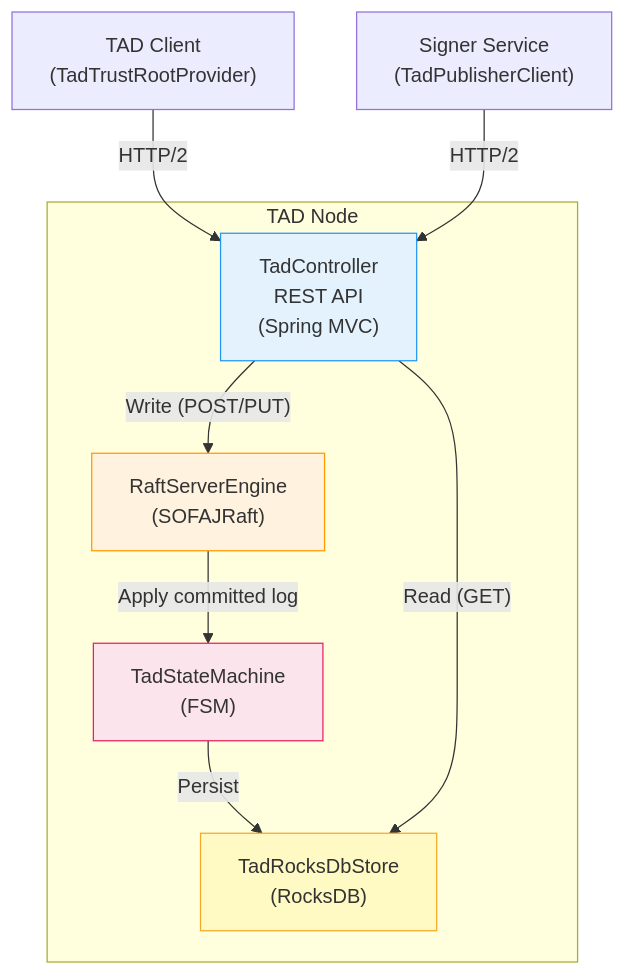
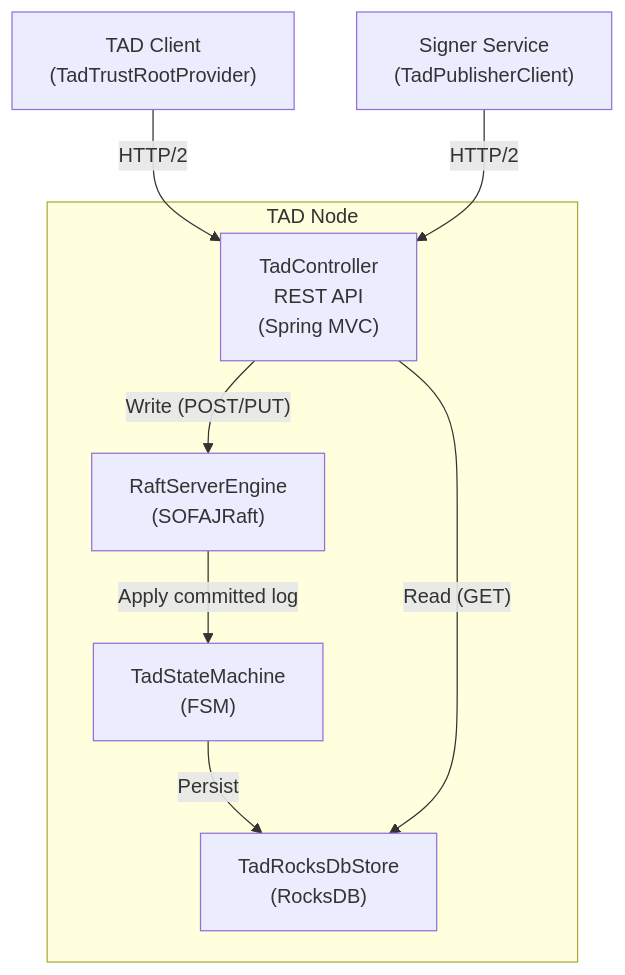
The first of 2 diagrams in docs/docs/modules/veridot-trustroots/tad-server.md (cyfko/veridot), drawn with Mermaid before and after one commit. The commit also changed 25 other files, not shown here.

First line of the commit message:
style: remove colorful fill styles from Mermaid diagrams

````diff
--- a/docs/docs/modules/veridot-trustroots/tad-server.md
+++ b/docs/docs/modules/veridot-trustroots/tad-server.md
@@ -22,22 +22,18 @@
 ```mermaid
 graph TB
     subgraph TAD Node
         REST["TadController<br/>REST API<br/>(Spring MVC)"]
         SM["TadStateMachine<br/>(FSM)"]
         Raft["RaftServerEngine<br/>(SOFAJRaft)"]
         Store["TadRocksDbStore<br/>(RocksDB)"]
 
         REST -->|"Write (POST/PUT)"| Raft
         Raft -->|"Apply committed log"| SM
         SM -->|"Persist"| Store
         REST -->|"Read (GET)"| Store
     end
 
     Client["TAD Client<br/>(TadTrustRootProvider)"] -->|HTTP/2| REST
     Publisher["Signer Service<br/>(TadPublisherClient)"] -->|HTTP/2| REST
 
-    style REST fill:#e3f2fd,stroke:#2196f3
-    style Raft fill:#fff3e0,stroke:#ff9800
-    style SM fill:#fce4ec,stroke:#e91e63
-    style Store fill:#fff9c4,stroke:#f9a825
 ```
````
